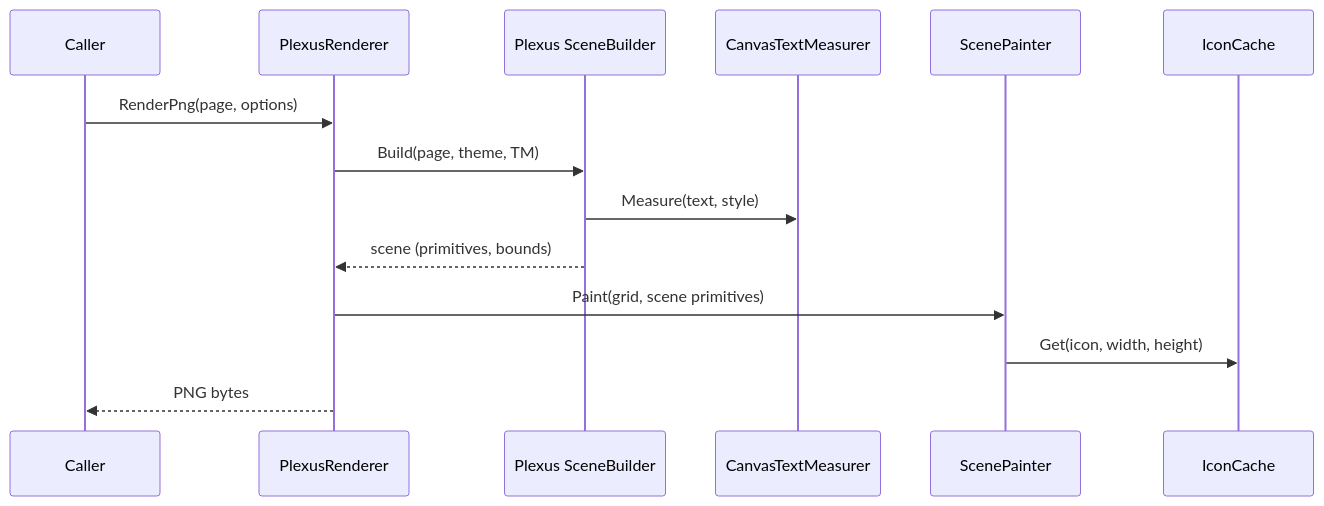
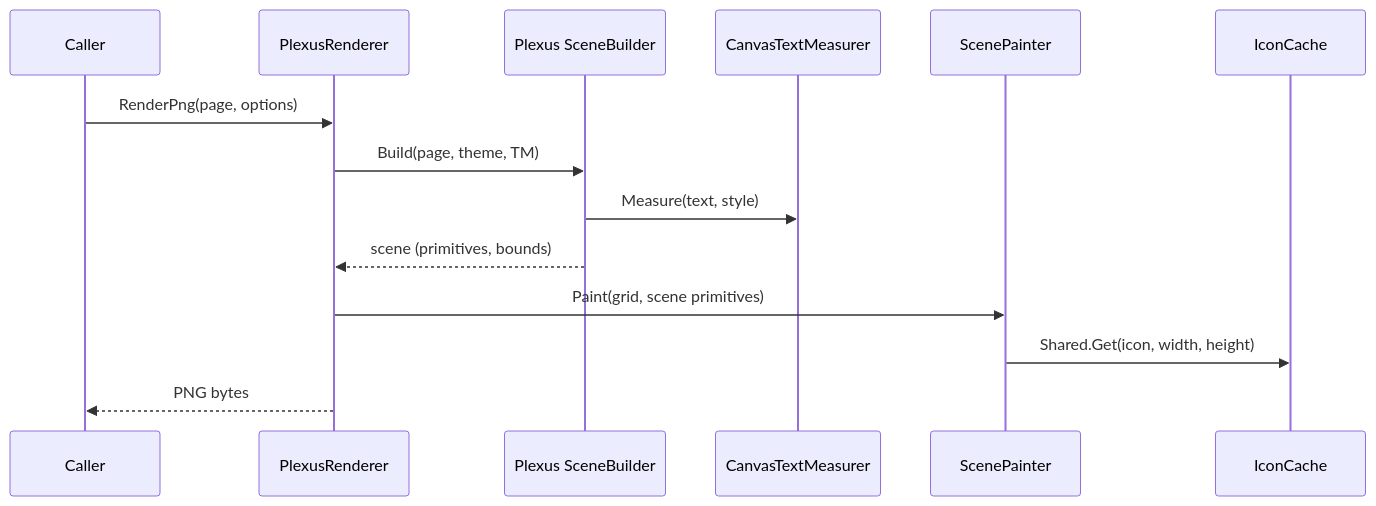
Before and after one commit to demaconsulting/Plexus: the diagram in docs/design/plexus-rendering.md, drawn with Mermaid. The commit also changed other lines of this file and 305 other files, not shown here.

````diff
--- a/docs/design/plexus-rendering.md
+++ b/docs/design/plexus-rendering.md
@@ -27,16 +28,16 @@
 ```mermaid
 sequenceDiagram
     participant Caller
     participant R as PlexusRenderer
     participant SB as Plexus SceneBuilder
     participant TM as CanvasTextMeasurer
     participant P as ScenePainter
     participant IC as IconCache
     Caller->>R: RenderPng(page, options)
     R->>SB: Build(page, theme, TM)
     SB->>TM: Measure(text, style)
     SB-->>R: scene (primitives, bounds)
     R->>P: Paint(grid, scene primitives)
-    P->>IC: Get(icon, width, height)
+    P->>IC: Shared.Get(icon, width, height)
     R-->>Caller: PNG bytes
 ```
````
